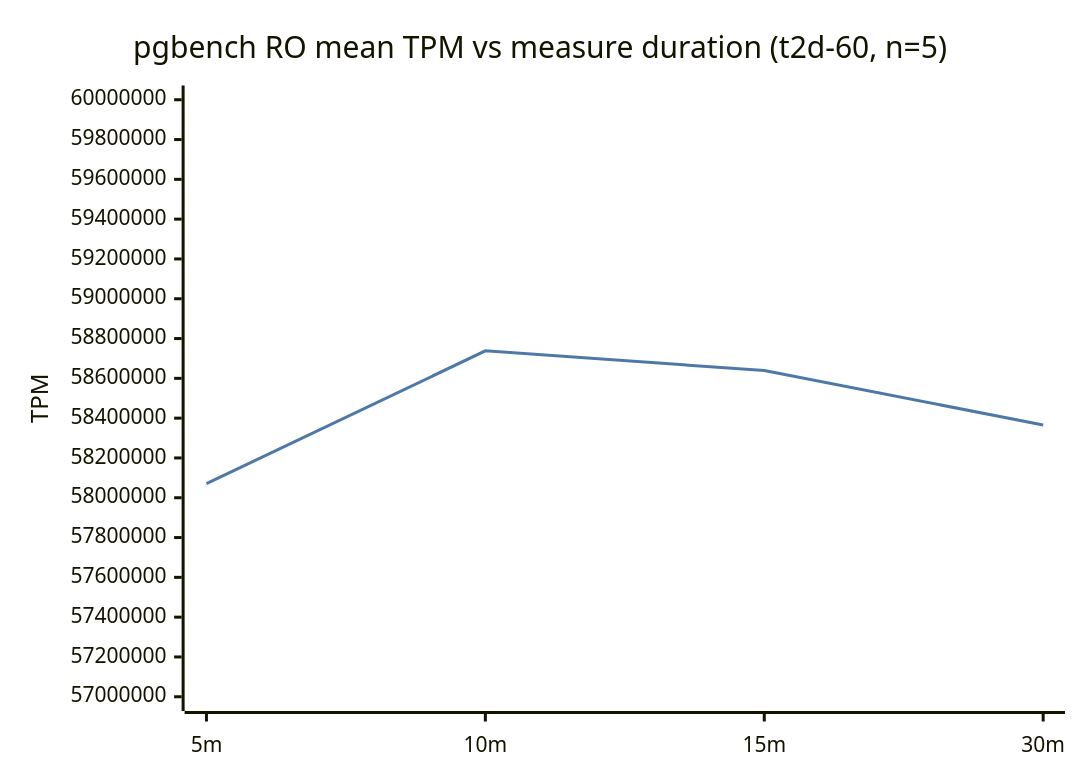
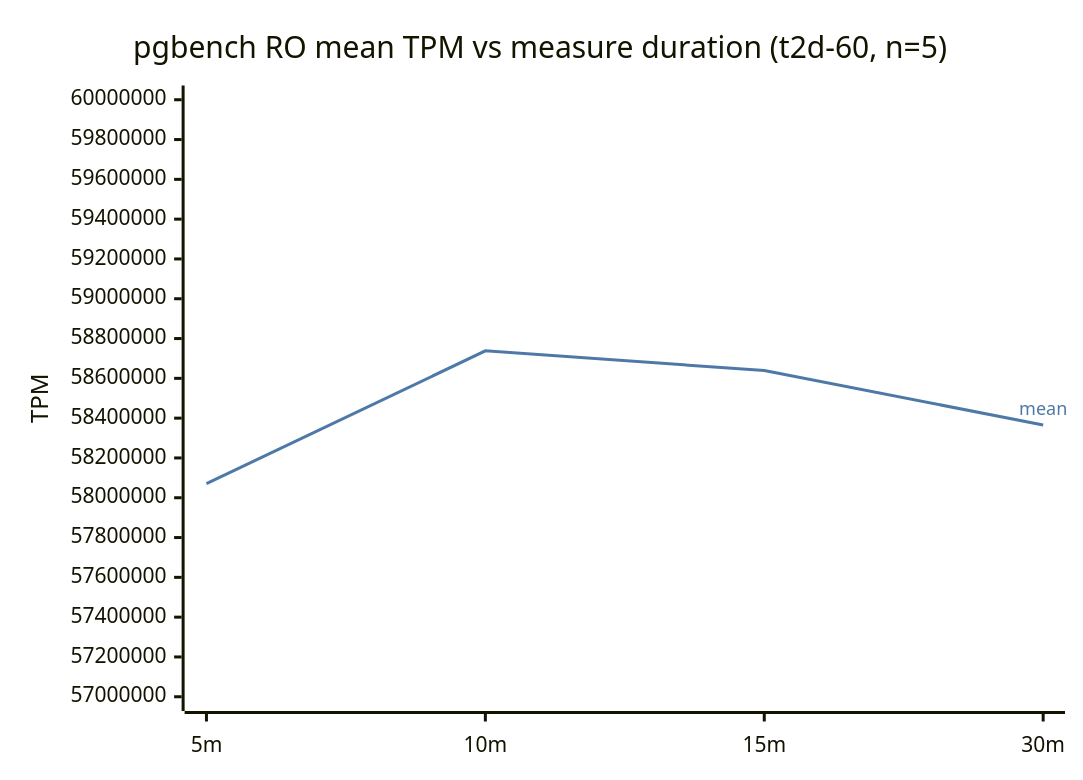
Diagram 38 of 41 in RESULTS.md (SpareCores/sc-db-benchmark-tmp), drawn with Mermaid before and after one commit. The commit also changed other lines of this file, not shown here.

````diff
--- a/RESULTS.md
+++ b/RESULTS.md
@@ -1373,13 +1373,13 @@
 ```mermaid
 ---
 config:
   themeVariables:
     xyChart:
       plotColorPalette: "#4e79a7"
 ---
 xychart-beta
     title "pgbench RO mean TPM vs measure duration (t2d-60, n=5)"
     x-axis ["5m", "10m", "15m", "30m"]
     y-axis "TPM" 57000000 --> 60000000
-    line "mean" [58070697, 58738095, 58639217, 58366021]
+    line "mean" [58070697, 58738095, 58639217, 58366021 "mean"]
 ```
````
